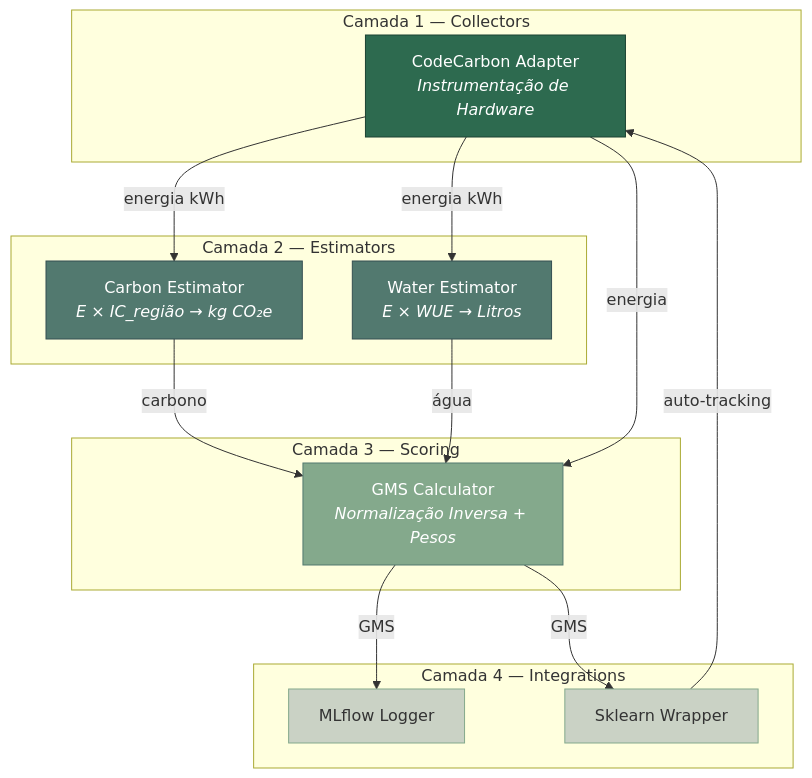
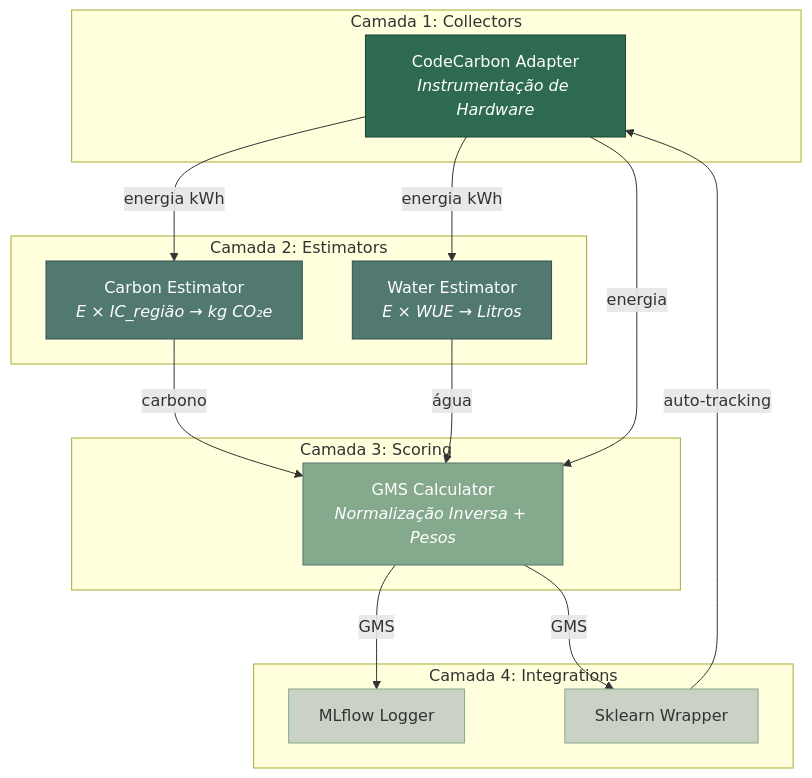
One commit to OctavioSB11/TCC-Green-ML-Score changed the diagram in README.md. Above: the diagram before and after it, drawn with Mermaid. The commit also changed other lines of this file and 6 other files, not shown here.

````diff
--- a/README.md
+++ b/README.md
@@ -75,36 +75,36 @@
 ```mermaid
 graph TB
-    subgraph "Camada 1 — Collectors"
+    subgraph "Camada 1: Collectors"
         A[" CodeCarbon Adapter<br/><i>Instrumentação de Hardware</i>"]
     end
 
-    subgraph "Camada 2 — Estimators"
+    subgraph "Camada 2: Estimators"
         B[" Carbon Estimator<br/><i>E × IC_região → kg CO₂e</i>"]
         C[" Water Estimator<br/><i>E × WUE → Litros</i>"]
     end
 
-    subgraph "Camada 3 — Scoring"
+    subgraph "Camada 3: Scoring"
         D[" GMS Calculator<br/><i>Normalização Inversa + Pesos</i>"]
     end
 
-    subgraph "Camada 4 — Integrations"
+    subgraph "Camada 4: Integrations"
         E[" MLflow Logger"]
         F[" Sklearn Wrapper"]
     end
 
     A -->|"energia kWh"| B
     A -->|"energia kWh"| C
     B -->|"carbono"| D
     C -->|"água"| D
     A -->|"energia"| D
     D -->|"GMS"| E
     D -->|"GMS"| F
     F -->|"auto-tracking"| A
 
     style A fill:#2d6a4f,stroke:#1b4332,color:#fff
     style B fill:#52796f,stroke:#354f52,color:#fff
     style C fill:#52796f,stroke:#354f52,color:#fff
     style D fill:#84a98c,stroke:#52796f,color:#fff
     style E fill:#cad2c5,stroke:#84a98c,color:#333
     style F fill:#cad2c5,stroke:#84a98c,color:#333
 ```
````
